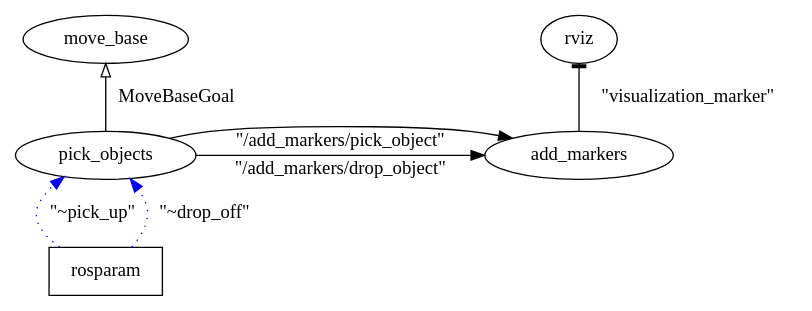
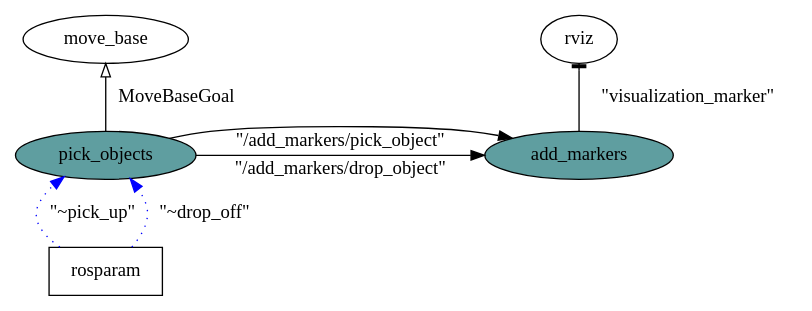
Before and after one commit to fcapinho/robond: the diagram in images/home_service.gv, drawn with Graphviz. The commit also changed 1 other file, not shown here.

Commit message:
Update home service diagram

```diff
--- a/images/home_service.gv
+++ b/images/home_service.gv
@@ -1,15 +1,17 @@
 digraph home_service {
     { rank = same; "pick_objects"; "add_markers"; }
+    pick_objects [style=filled; fillcolor=cadetblue];
+    add_markers [style=filled; fillcolor=cadetblue];
     pick_objects -> add_markers [label="\"/add_markers/pick_object\""];
     pick_objects -> add_markers [label="\"/add_markers/drop_object\""];
 
     rankdir = BT;
     rviz [style=box];
     pick_objects -> move_base [label="MoveBaseGoal"; arrowhead=empty];
     add_markers -> rviz [arrowhead=tee; label="\"visualization_marker\""];
 
     edge [color=blue, style=dotted];
     rosparam [shape=box];
     rosparam -> pick_objects [label = "\"~pick_up\""];
     rosparam -> pick_objects [label = "\"~drop_off\""];
 }
```
